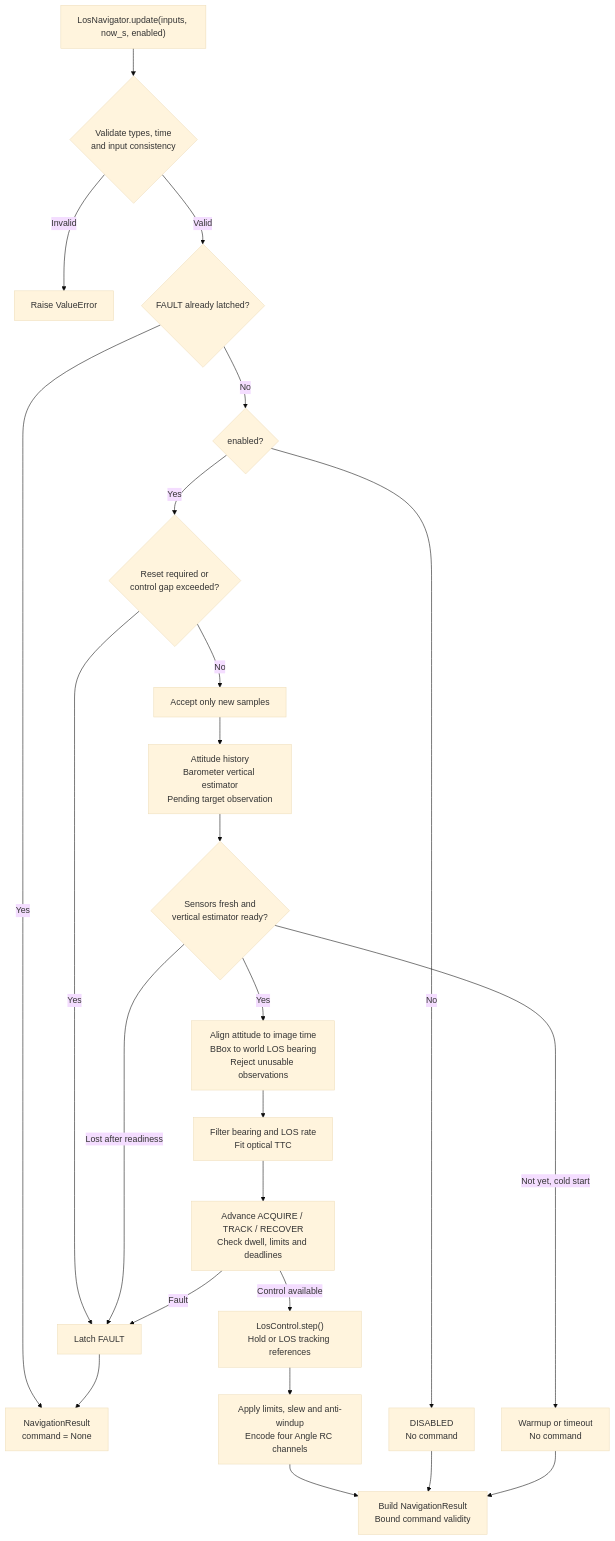
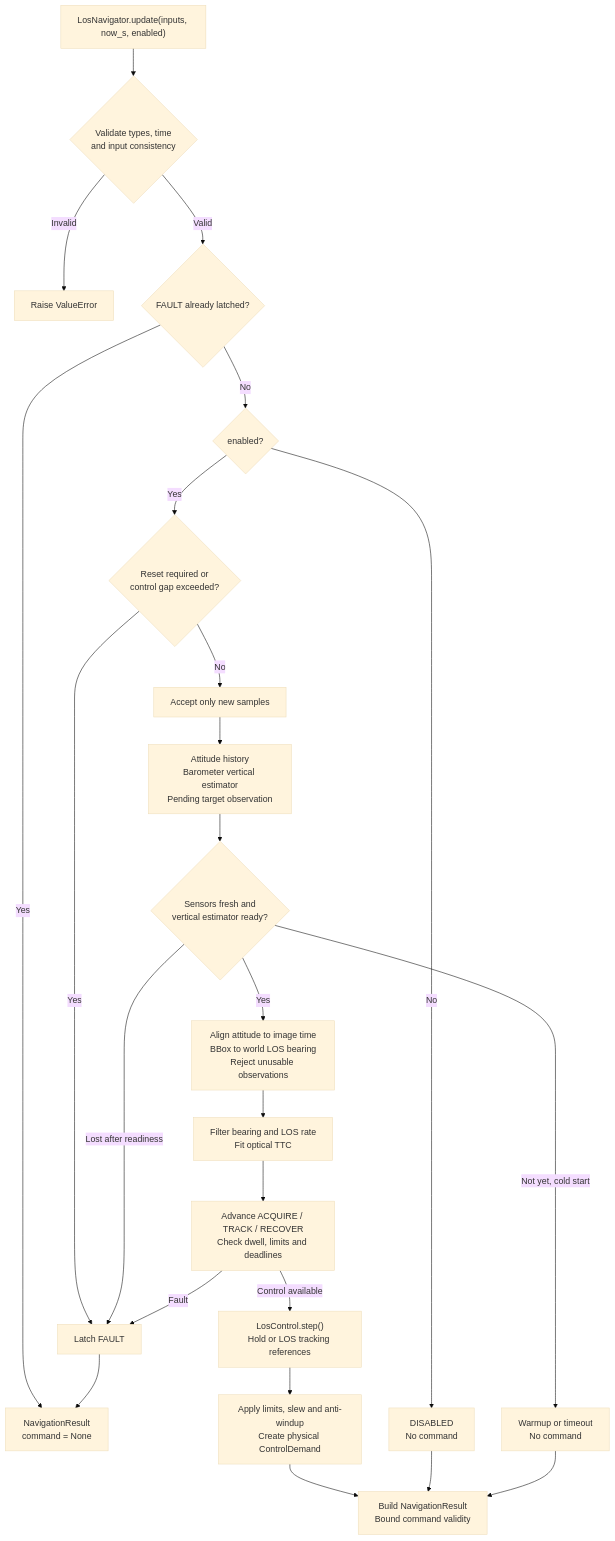
Before and after one commit to robobe/los_tracking: the fourth of 6 diagrams in docs/package-control-flow.md, drawn with Mermaid (base theme). The commit also changed other lines of this file and 19 other files, not shown here.

````diff
--- a/docs/package-control-flow.md
+++ b/docs/package-control-flow.md
@@ -205,26 +205,26 @@
 ```mermaid
 flowchart TD
     E["LosNavigator.update(inputs, now_s, enabled)"] --> V{"Validate types, time<br/>and input consistency"}
     V -->|Invalid| X["Raise ValueError"]
     V -->|Valid| L{"FAULT already latched?"}
     L -->|Yes| N["NavigationResult<br/>command = None"]
     L -->|No| EN{"enabled?"}
     EN -->|No| D["DISABLED<br/>No command"]
     EN -->|Yes| R{"Reset required or<br/>control gap exceeded?"}
     R -->|Yes| F["Latch FAULT"]
     R -->|No| I["Accept only new samples"]
     I --> A["Attitude history<br/>Barometer vertical estimator<br/>Pending target observation"]
     A --> S{"Sensors fresh and<br/>vertical estimator ready?"}
     S -->|Not yet, cold start| W["Warmup or timeout<br/>No command"]
     S -->|Lost after readiness| F
     S -->|Yes| G["Align attitude to image time<br/>BBox to world LOS bearing<br/>Reject unusable observations"]
     G --> B["Filter bearing and LOS rate<br/>Fit optical TTC"]
     B --> M["Advance ACQUIRE / TRACK / RECOVER<br/>Check dwell, limits and deadlines"]
     M -->|Fault| F
     M -->|Control available| C["LosControl.step()<br/>Hold or LOS tracking references"]
-    C --> Q["Apply limits, slew and anti-windup<br/>Encode four Angle RC channels"]
+    C --> Q["Apply limits, slew and anti-windup<br/>Create physical ControlDemand"]
     Q --> O["Build NavigationResult<br/>Bound command validity"]
     F --> N
     D --> O
     W --> O
 ```
````
